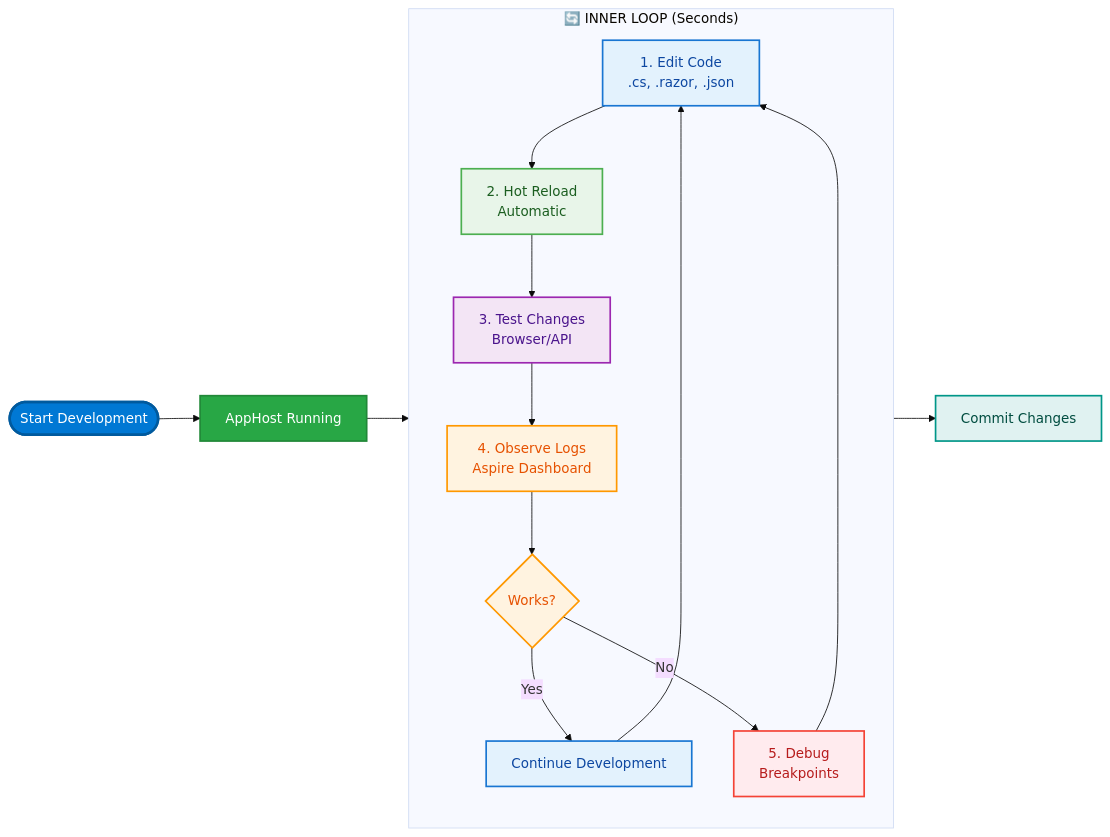
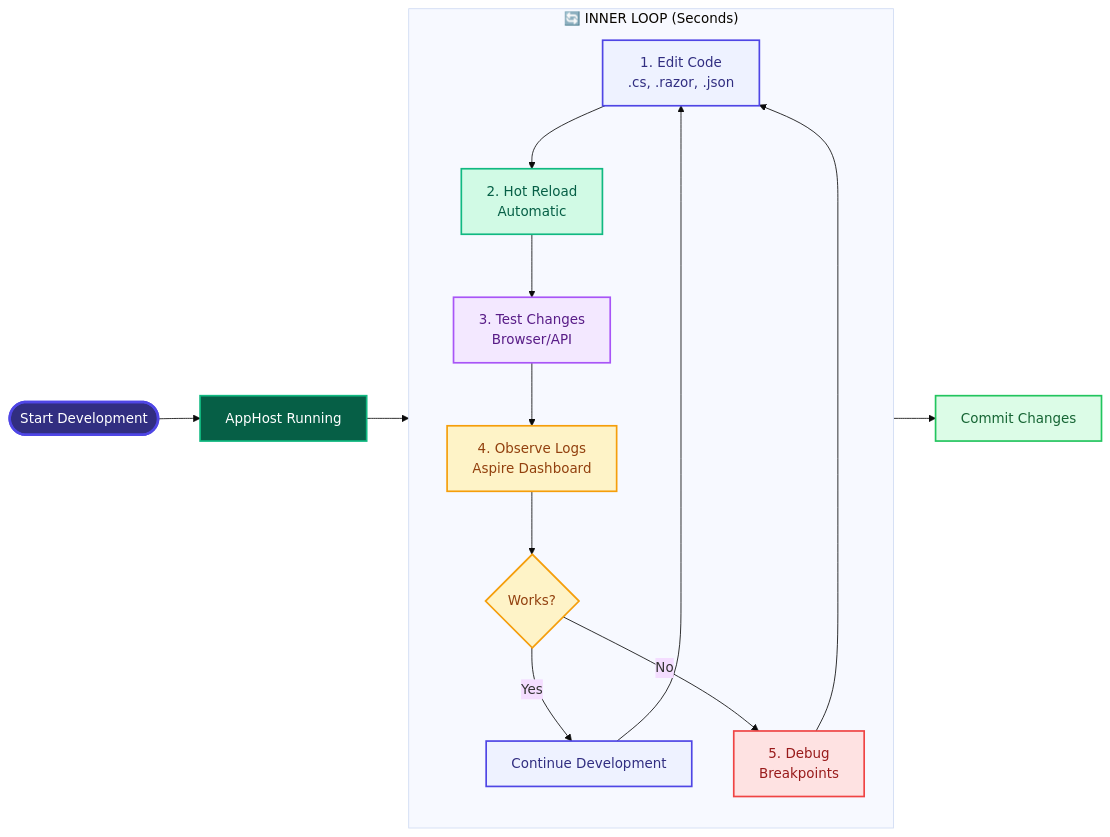
The seventh of 7 diagrams in docs/hooks/VALIDATION-WORKFLOW.md (Evilazaro/Azure-LogicApps-Monitoring), drawn with Mermaid (base theme) before and after one commit. The commit also changed other lines of this file and 11 other files, not shown here.

Commit message:
feat(docs): Update diagrams with modern color palette for improved accessibility and clarity

````diff
--- a/docs/hooks/VALIDATION-WORKFLOW.md
+++ b/docs/hooks/VALIDATION-WORKFLOW.md
@@ -983,38 +983,38 @@
 ```mermaid
 flowchart LR
     Start([Start Development]) --> Running[AppHost Running]
 
     subgraph InnerLoop["🔄 INNER LOOP (Seconds)"]
         direction TB
         Edit[1. Edit Code<br/>.cs, .razor, .json] --> HotReload[2. Hot Reload<br/>Automatic]
         HotReload --> Test[3. Test Changes<br/>Browser/API]
         Test --> Observe[4. Observe Logs<br/>Aspire Dashboard]
         Observe --> Decision{Works?}
         Decision -->|Yes| Continue[Continue Development]
         Decision -->|No| Debug[5. Debug<br/>Breakpoints]
         Debug --> Edit
         Continue --> Edit
     end
 
     Running --> InnerLoop
     InnerLoop --> Commit[Commit Changes]
 
-    classDef startEnd fill:#0078d4,stroke:#005a9e,stroke-width:3px,color:#fff
-    classDef running fill:#28a745,stroke:#218838,stroke-width:2px,color:#fff
-    classDef process fill:#e3f2fd,stroke:#1976d2,stroke-width:2px,color:#0d47a1
-    classDef success fill:#e8f5e9,stroke:#4caf50,stroke-width:2px,color:#1b5e20
-    classDef test fill:#f3e5f5,stroke:#9c27b0,stroke-width:2px,color:#4a148c
-    classDef loop fill:#fff3e0,stroke:#ff9800,stroke-width:2px,color:#e65100
-    classDef debug fill:#ffebee,stroke:#f44336,stroke-width:2px,color:#b71c1c
-    classDef commit fill:#e0f2f1,stroke:#009688,stroke-width:2px,color:#004d40
-    classDef decision fill:#fff3e0,stroke:#f57c00,stroke-width:2px,color:#e65100
+    classDef startEnd fill:#312E81,stroke:#4F46E5,stroke-width:3px,color:#fff
+    classDef running fill:#065F46,stroke:#10B981,stroke-width:2px,color:#fff
+    classDef process fill:#EEF2FF,stroke:#4F46E5,stroke-width:2px,color:#312E81
+    classDef success fill:#D1FAE5,stroke:#10B981,stroke-width:2px,color:#065F46
+    classDef test fill:#F3E8FF,stroke:#A855F7,stroke-width:2px,color:#581C87
+    classDef loop fill:#FEF3C7,stroke:#F59E0B,stroke-width:2px,color:#92400E
+    classDef debug fill:#FEE2E2,stroke:#EF4444,stroke-width:2px,color:#991B1B
+    classDef commit fill:#DCFCE7,stroke:#22C55E,stroke-width:2px,color:#166534
+    classDef decision fill:#FEF3C7,stroke:#F59E0B,stroke-width:2px,color:#92400E
 
     class Start startEnd
     class Running running
     class Edit,Continue process
     class HotReload success
     class Test test
     class Observe,Decision loop
     class Debug debug
     class Commit commit
 ```
````
